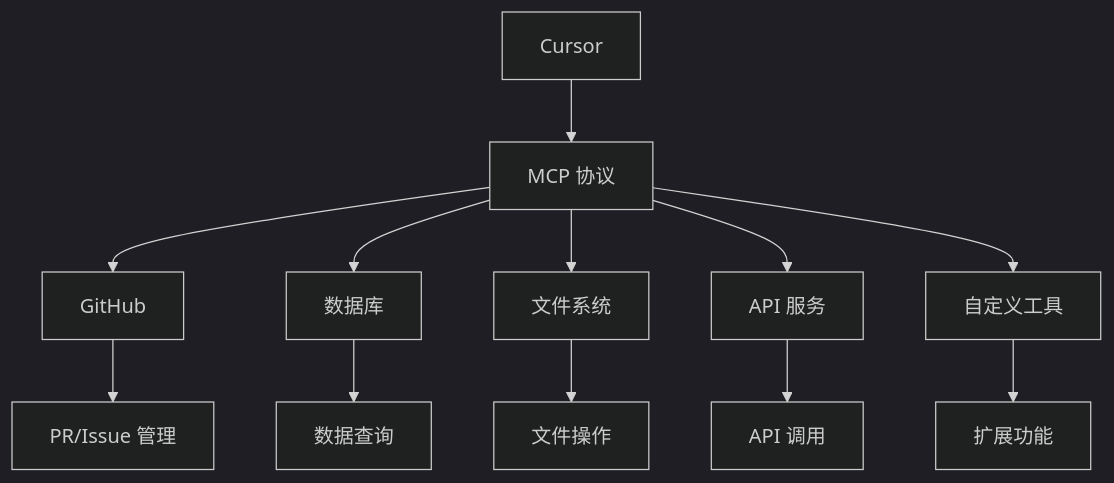
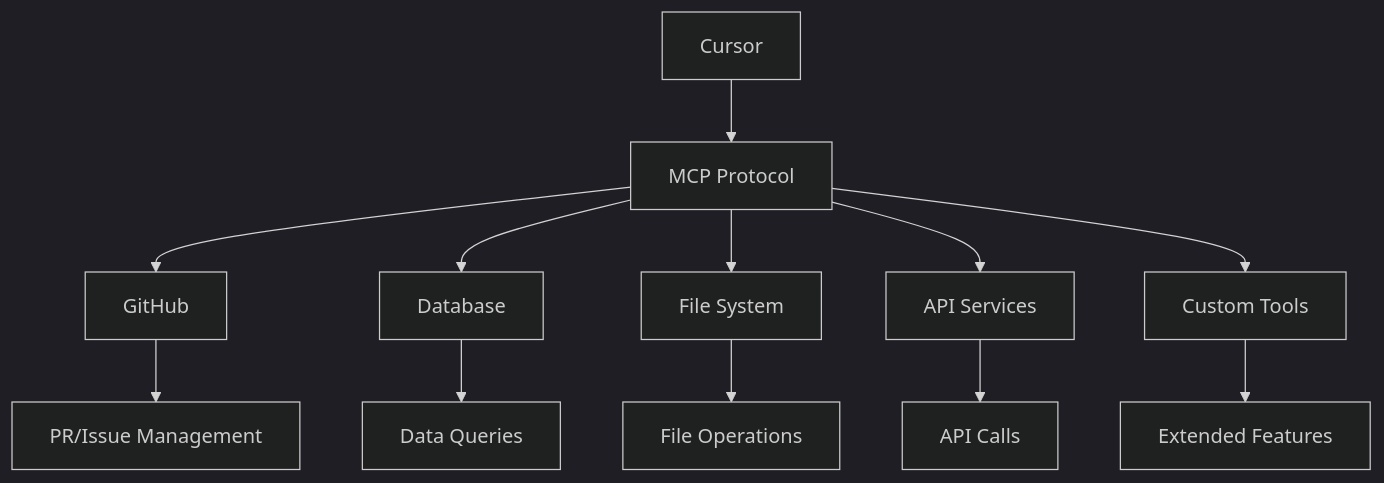
Before and after one commit to DDR187/cursor-howto: the first of 3 diagrams in 06-mcp/README.md, drawn with Mermaid (dark theme). The commit also changed other lines of this file and 22 other files, not shown here.

````diff
--- a/06-mcp/README.md
+++ b/06-mcp/README.md
@@ -29,15 +29,15 @@
 ```mermaid
 flowchart TB
-    A[Cursor] --> B[MCP 协议]
+    A[Cursor] --> B[MCP Protocol]
     B --> C[GitHub]
-    B --> D[数据库]
-    B --> E[文件系统]
-    B --> F[API 服务]
-    B --> G[自定义工具]
+    B --> D[Database]
+    B --> E[File System]
+    B --> F[API Services]
+    B --> G[Custom Tools]
     
-    C --> H[PR/Issue 管理]
-    D --> I[数据查询]
-    E --> J[文件操作]
-    F --> K[API 调用]
-    G --> L[扩展功能]
+    C --> H[PR/Issue Management]
+    D --> I[Data Queries]
+    E --> J[File Operations]
+    F --> K[API Calls]
+    G --> L[Extended Features]
 ```
````
